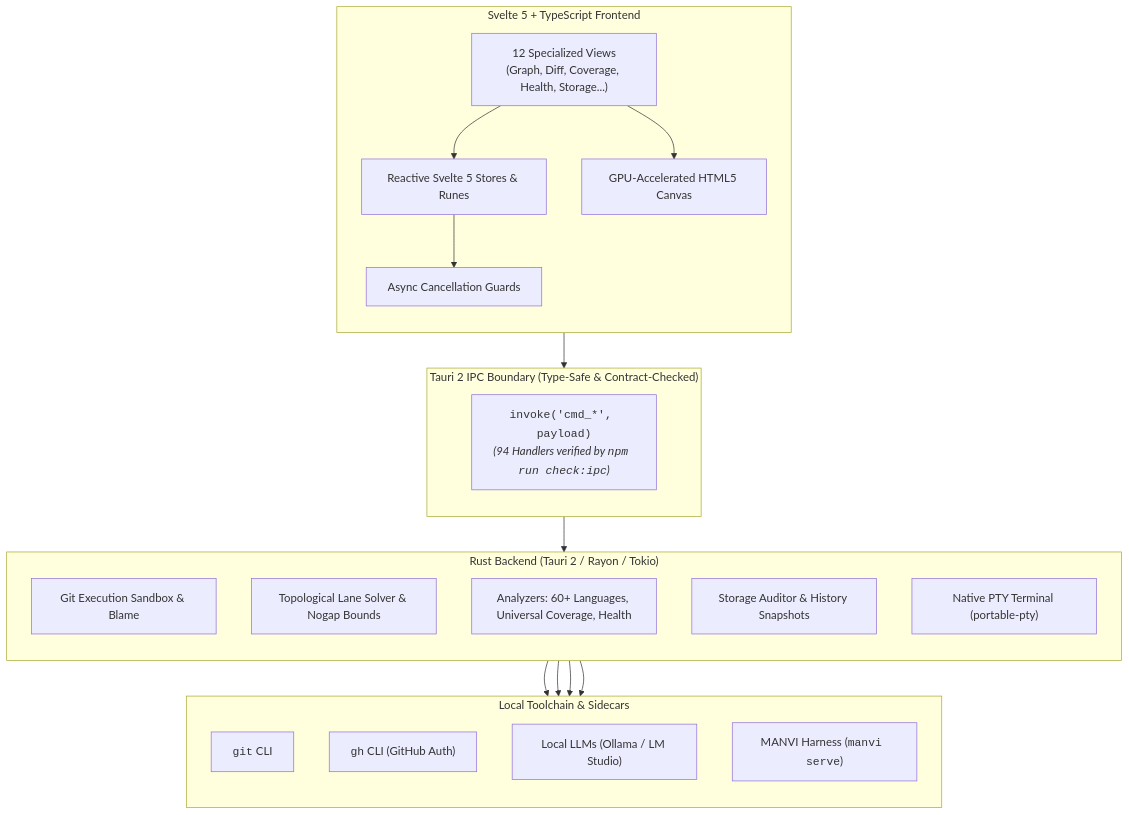
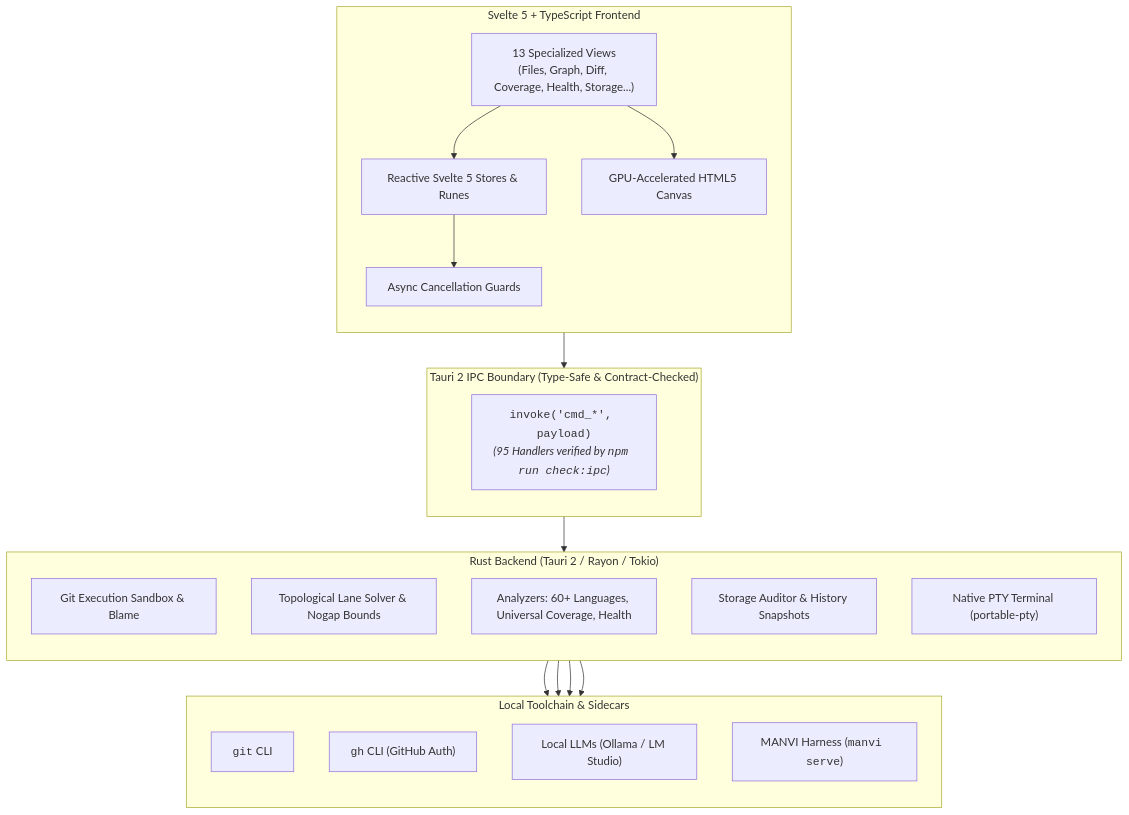
Before and after one commit to bharathvbcr/GitPulse: the first of 4 diagrams in README.md, drawn with Mermaid. The commit also changed other lines of this file and 12 other files, not shown here.

Commit message:
docs: update architecture, features, and repo documentation

````diff
--- a/README.md
+++ b/README.md
@@ -41,43 +41,43 @@
 ```mermaid
 flowchart TB
     subgraph Frontend["Svelte 5 + TypeScript Frontend"]
         direction TB
-        Views["12 Specialized Views<br/>(Graph, Diff, Coverage, Health, Storage...)"]
+        Views["13 Specialized Views<br/>(Files, Graph, Diff, Coverage, Health, Storage...)"]
         Stores["Reactive Svelte 5 Stores & Runes"]
         CanvasEngine["GPU-Accelerated HTML5 Canvas"]
         AsyncGuards["Async Cancellation Guards"]
         
         Views --> Stores
         Views --> CanvasEngine
         Stores --> AsyncGuards
     end
 
     subgraph IPC["Tauri 2 IPC Boundary (Type-Safe & Contract-Checked)"]
         direction TB
-        IPCBridge["<code>invoke('cmd_*', payload)</code><br/><i>(94 Handlers verified by <code>npm run check:ipc</code>)</i>"]
+        IPCBridge["<code>invoke('cmd_*', payload)</code><br/><i>(95 Handlers verified by <code>npm run check:ipc</code>)</i>"]
     end
 
     subgraph Backend["Rust Backend (Tauri 2 / Rayon / Tokio)"]
         direction TB
         GitSandbox["Git Execution Sandbox & Blame"]
         GraphSolver["Topological Lane Solver & Nogap Bounds"]
         Analyzers["Analyzers: 60+ Languages, Universal Coverage, Health"]
         StorageEngine["Storage Auditor & History Snapshots"]
         TerminalPTY["Native PTY Terminal (portable-pty)"]
     end
 
     subgraph LocalTools["Local Toolchain & Sidecars"]
         direction TB
         GitCLI["<code>git</code> CLI"]
         GhCLI["<code>gh</code> CLI (GitHub Auth)"]
         LocalAI["Local LLMs (Ollama / LM Studio)"]
         ManviSidecar["MANVI Harness (<code>manvi serve</code>)"]
     end
 
     AsyncGuards --> IPCBridge
     IPCBridge --> Backend
     GitSandbox --> GitCLI
     Analyzers --> GhCLI
     Analyzers --> LocalAI
     Backend --> ManviSidecar
 ```
````
